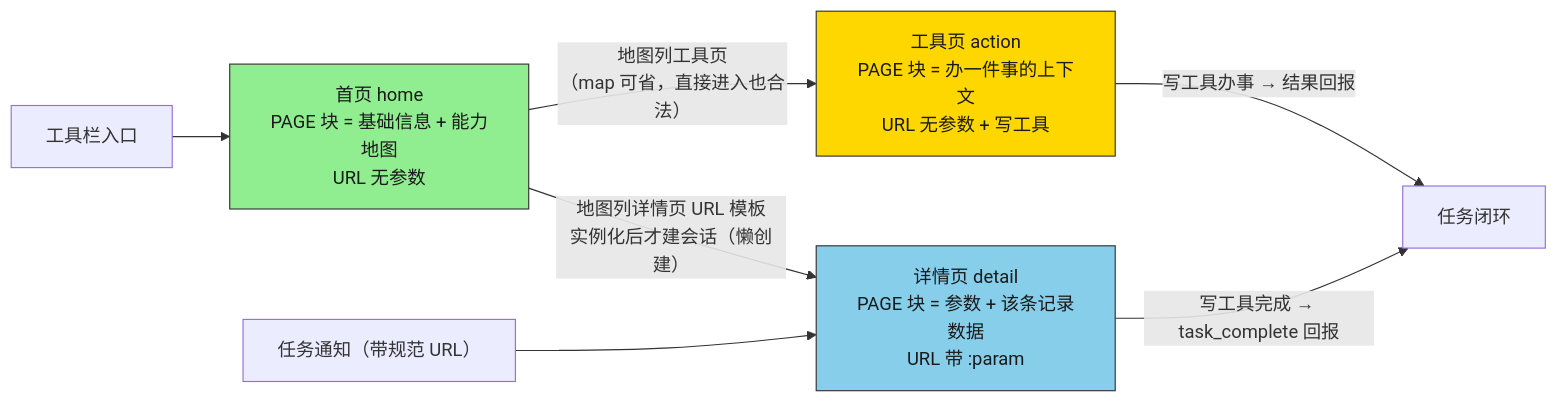
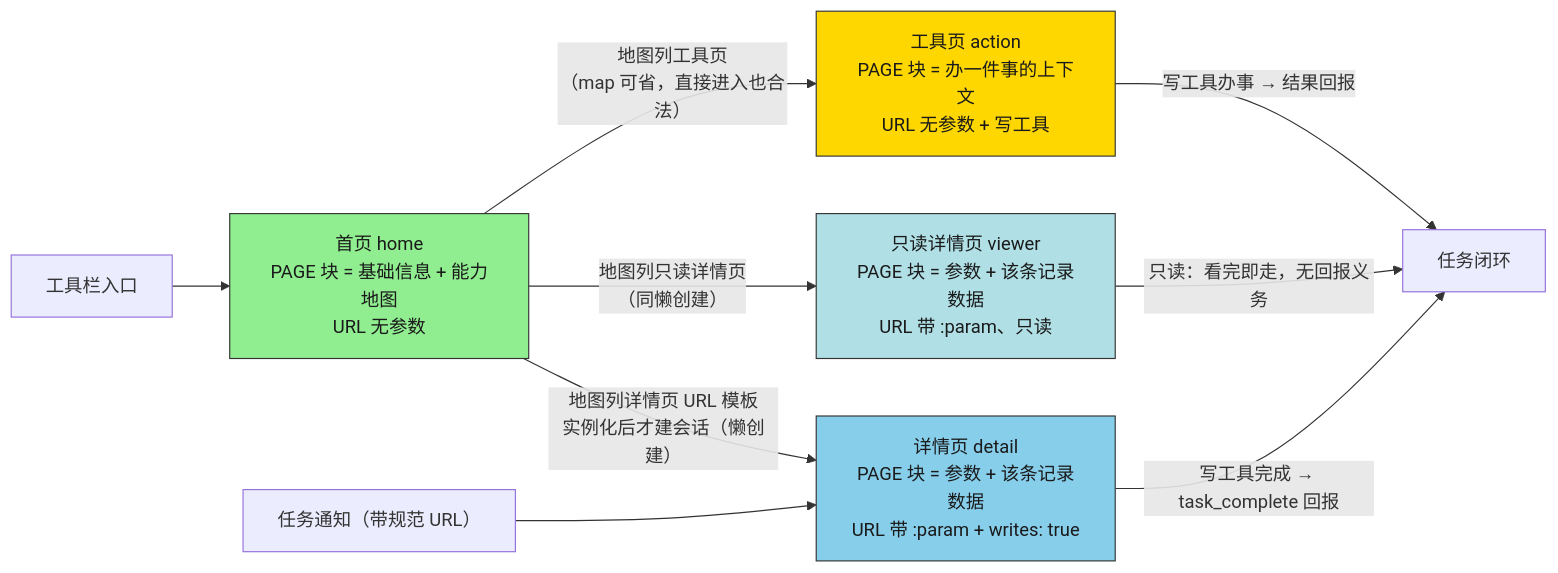
The second of 6 diagrams in docs/application-concept.cn.md (waixiaowai/veren), drawn with Mermaid before and after one commit. The commit also changed other lines of this file and 9 other files, not shown here.

````diff
--- a/docs/application-concept.cn.md
+++ b/docs/application-concept.cn.md
@@ -700,15 +703,19 @@
 ```mermaid
 flowchart LR
   Entry["工具栏入口"] --> Home["首页 home<br/>PAGE 块 = 基础信息 + 能力地图<br/>URL 无参数"]
-  Home -->|"地图列详情页 URL 模板<br/>实例化后才建会话（懒创建）"| Detail["详情页 detail<br/>PAGE 块 = 参数 + 该条记录数据<br/>URL 带 :param"]
+  Home -->|"地图列详情页 URL 模板<br/>实例化后才建会话（懒创建）"| Detail["详情页 detail<br/>PAGE 块 = 参数 + 该条记录数据<br/>URL 带 :param + writes: true"]
+  Home -->|"地图列只读详情页<br/>（同懒创建）"| Viewer["只读详情页 viewer<br/>PAGE 块 = 参数 + 该条记录数据<br/>URL 带 :param、只读"]
   Home -->|"地图列工具页<br/>（map 可省，直接进入也合法）"| Action["工具页 action<br/>PAGE 块 = 办一件事的上下文<br/>URL 无参数 + 写工具"]
   Task["任务通知（带规范 URL）"] --> Detail
   Detail -->|"写工具完成 → task_complete 回报"| Done["任务闭环"]
   Action -->|"写工具办事 → 结果回报"| Done
+  Viewer -->|"只读：看完即走，无回报义务"| Done
   classDef home fill:#90EE90,stroke:#333,color:#1a1a1a
   classDef detail fill:#87CEEB,stroke:#333,color:#1a1a1a
+  classDef viewer fill:#B0E0E6,stroke:#333,color:#1a1a1a
   classDef action fill:#FFD700,stroke:#333,color:#1a1a1a
   class Home home
   class Detail detail
+  class Viewer viewer
   class Action action
 ```
````
